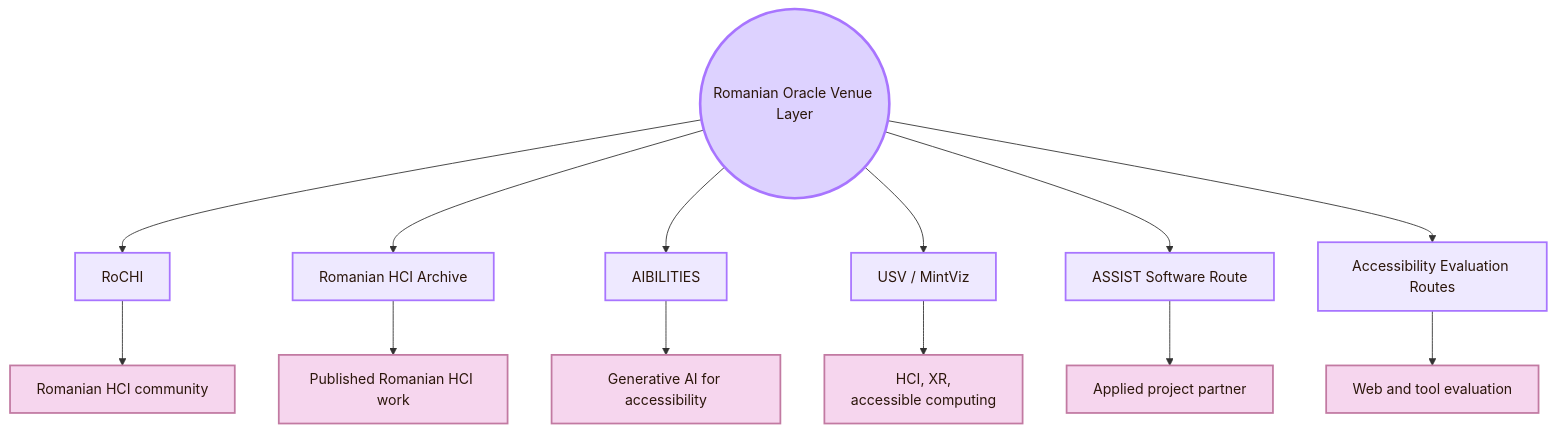
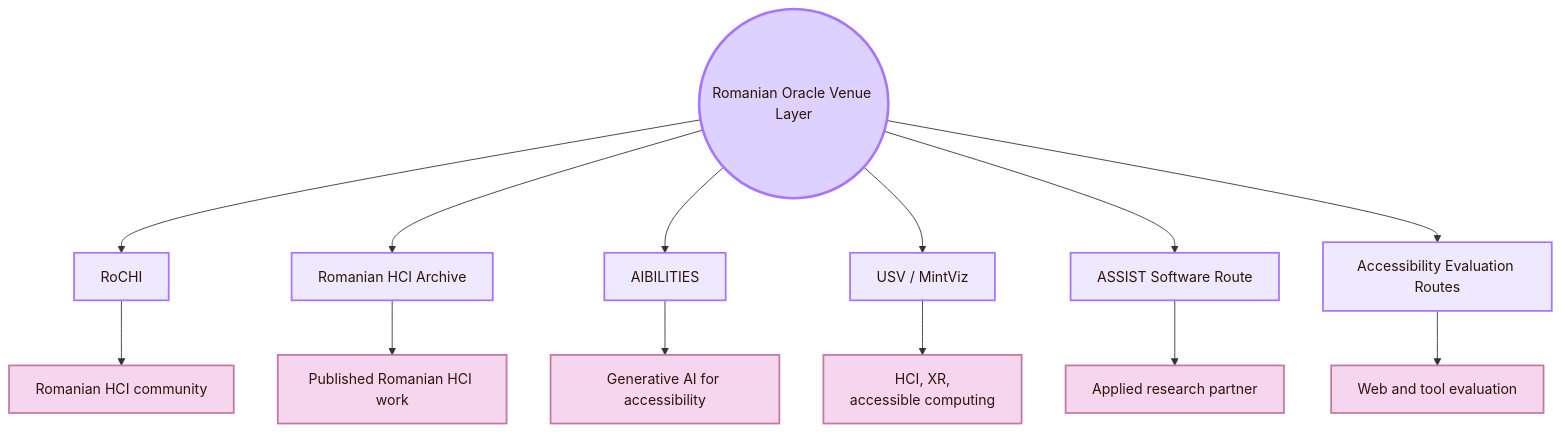
The third of 16 diagrams in 01_Core_Area_HCI/001_Subareas/05_Human_AI_Interaction/Important Venues.md (andreitegzes06-ui/CogniShire), drawn with Mermaid before and after one commit. The commit also changed other lines of this file and 132 other files, not shown here.

````diff
--- a/01_Core_Area_HCI/001_Subareas/05_Human_AI_Interaction/Important Venues.md
+++ b/01_Core_Area_HCI/001_Subareas/05_Human_AI_Interaction/Important Venues.md
@@ -212,26 +106,26 @@
 ```mermaid
 flowchart TB
     A((Romanian Oracle Venue Layer))
 
     A --> B[RoCHI]
     A --> C[Romanian HCI Archive]
     A --> D[AIBILITIES]
     A --> E[USV / MintViz]
     A --> F[ASSIST Software Route]
     A --> G[Accessibility Evaluation Routes]
 
     B --> B1[Romanian HCI community]
     C --> C1[Published Romanian HCI work]
     D --> D1[Generative AI for accessibility]
     E --> E1[HCI, XR,<br/>accessible computing]
-    F --> F1[Applied project partner]
+    F --> F1[Applied research partner]
     G --> G1[Web and tool evaluation]
 
     classDef center fill:#ddd2ff,stroke:#a875ff,color:#2b160b,stroke-width:3px;
     classDef node fill:#eee9ff,stroke:#a875ff,color:#2b160b,stroke-width:2px;
     classDef detail fill:#f6d6ee,stroke:#c27aa2,color:#2b160b,stroke-width:2px;
 
     class A center;
     class B,C,D,E,F,G node;
     class B1,C1,D1,E1,F1,G1 detail;
 ```
````
